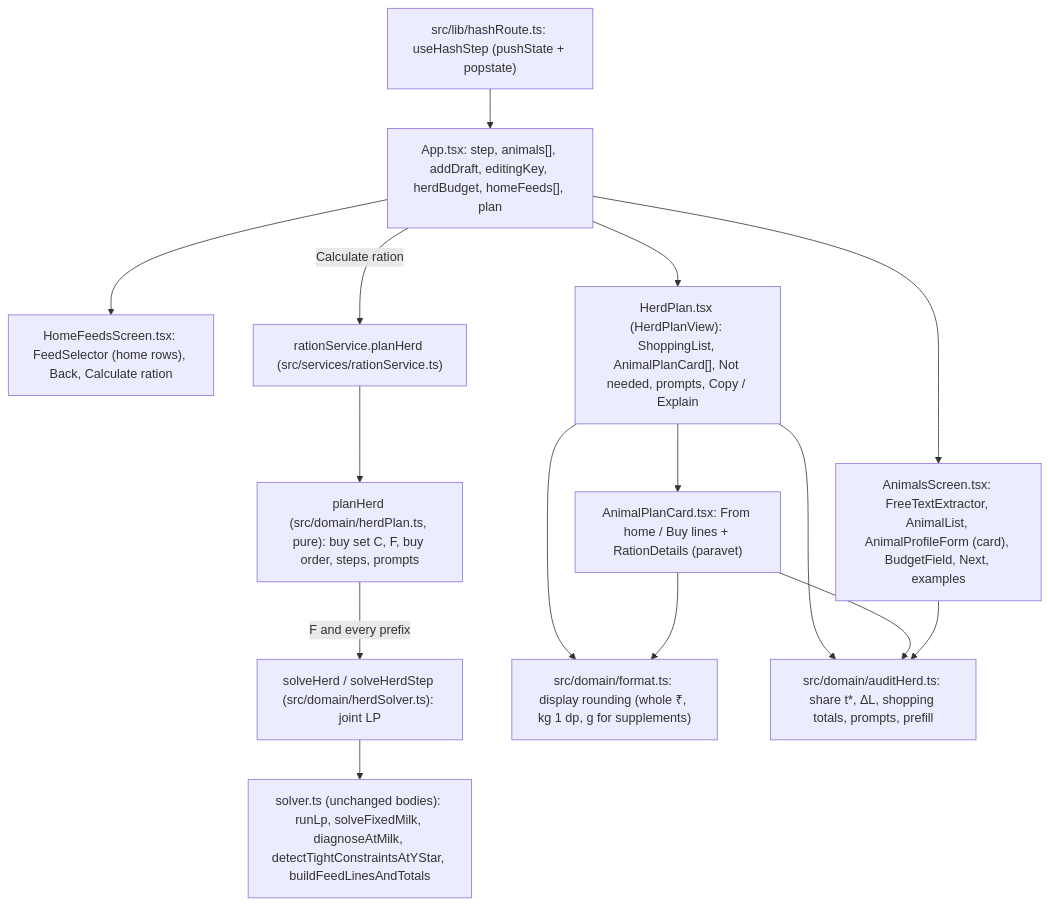
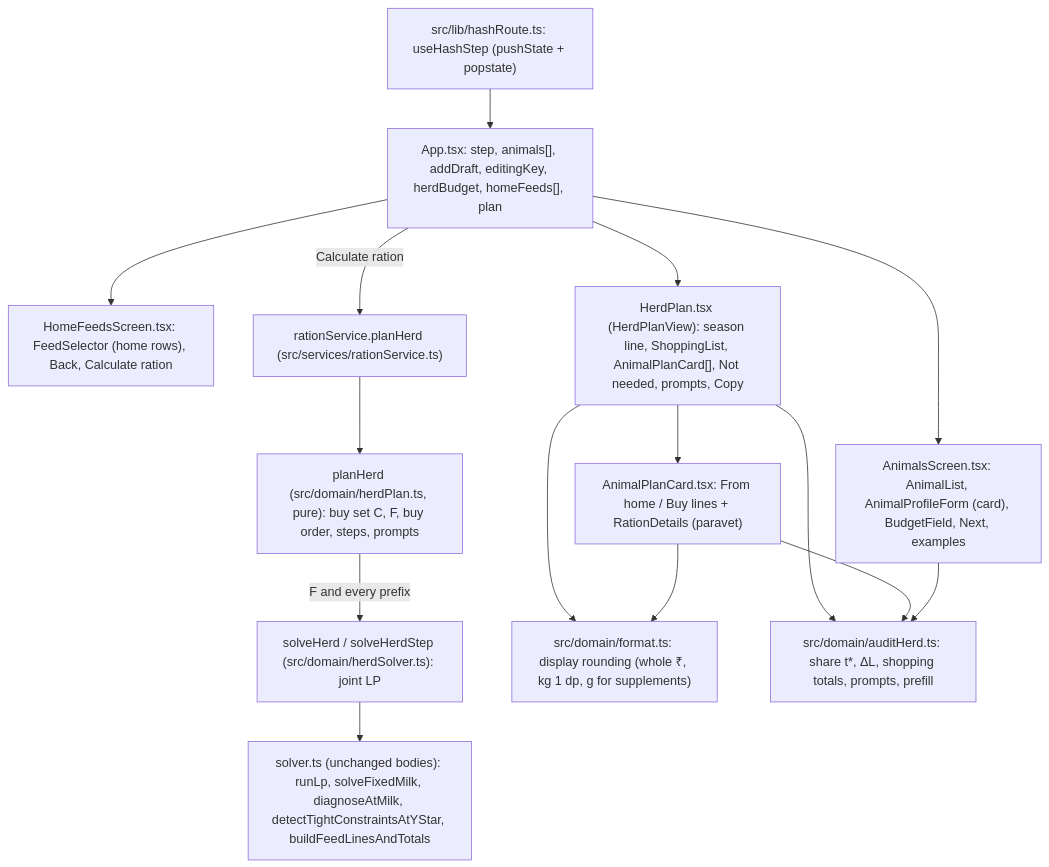
The third of 3 diagrams in docs/ARCHITECTURE.md (jegadeesh17/ProjectSahiDana), drawn with Mermaid before and after one commit. The commit also changed other lines of this file and 7 other files, not shown here.

Commit message:
docs(plan): freeze change 4 architecture, spec, and tasks

````diff
--- a/docs/ARCHITECTURE.md
+++ b/docs/ARCHITECTURE.md
@@ -1236,30 +1241,30 @@
 ```mermaid
 flowchart TD
     Hash["src/lib/hashRoute.ts: useHashStep (pushState + popstate)"]
     App["App.tsx: step, animals[], addDraft, editingKey, herdBudget, homeFeeds[], plan"]
-    S1["AnimalsScreen.tsx: FreeTextExtractor, AnimalList, AnimalProfileForm (card), BudgetField, Next, examples"]
+    S1["AnimalsScreen.tsx: AnimalList, AnimalProfileForm (card), BudgetField, Next, examples"]
     S2["HomeFeedsScreen.tsx: FeedSelector (home rows), Back, Calculate ration"]
-    S3["HerdPlan.tsx (HerdPlanView): ShoppingList, AnimalPlanCard[], Not needed, prompts, Copy / Explain"]
+    S3["HerdPlan.tsx (HerdPlanView): season line, ShoppingList, AnimalPlanCard[], Not needed, prompts, Copy"]
     Card["AnimalPlanCard.tsx: From home / Buy lines + RationDetails (paravet)"]
     Svc["rationService.planHerd (src/services/rationService.ts)"]
     Plan["planHerd (src/domain/herdPlan.ts, pure): buy set C, F, buy order, steps, prompts"]
     HSolve["solveHerd / solveHerdStep (src/domain/herdSolver.ts): joint LP"]
     Solver["solver.ts (unchanged bodies): runLp, solveFixedMilk, diagnoseAtMilk, detectTightConstraintsAtYStar, buildFeedLinesAndTotals"]
     Fmt["src/domain/format.ts: display rounding (whole ₹, kg 1 dp, g for supplements)"]
     Aud["src/domain/auditHerd.ts: share t*, ΔL, shopping totals, prompts, prefill"]
 
     Hash --> App
     App --> S1
     App --> S2
     App --> S3
     S3 --> Card
     App -->|"Calculate ration"| Svc
     Svc --> Plan
     Plan -->|"F and every prefix"| HSolve
     HSolve --> Solver
     S3 --> Fmt
     Card --> Fmt
     S3 --> Aud
     Card --> Aud
     S1 --> Aud
 ```
````
